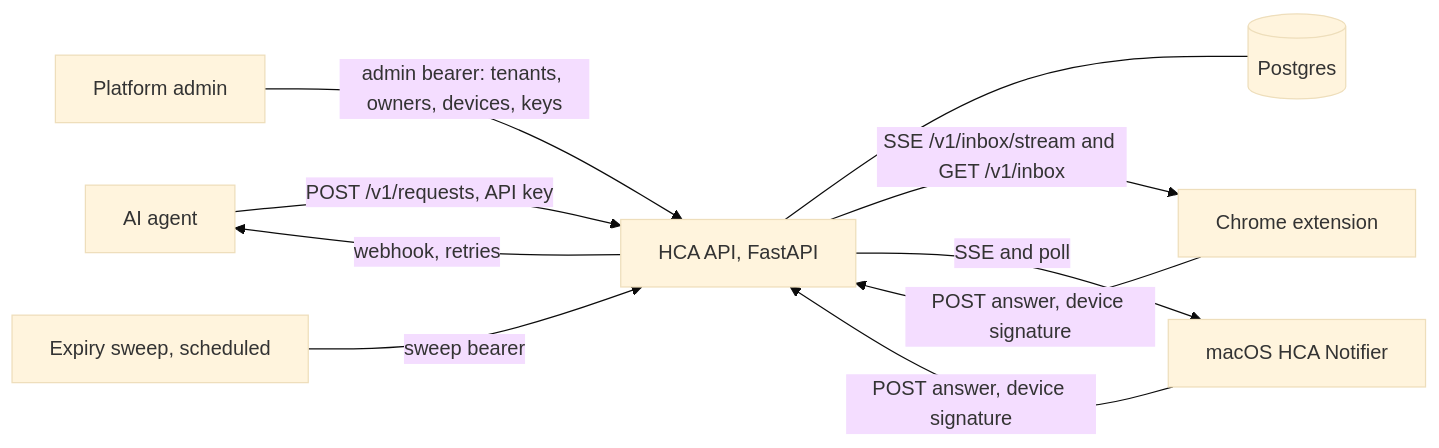
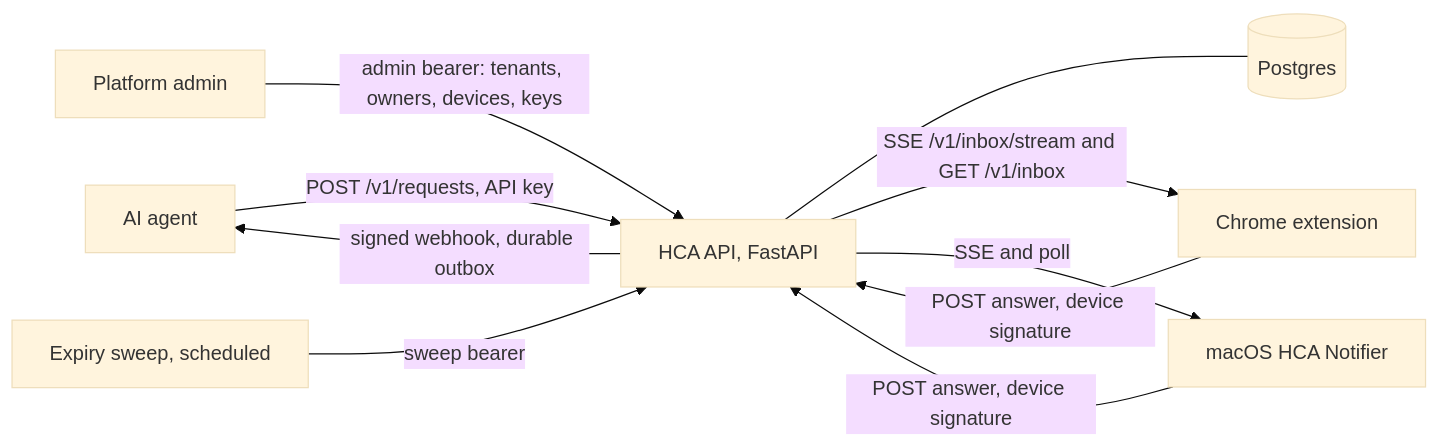
The first of 2 diagrams in docs/ARCHITECTURE.md (Alternative-Spaces-Inc/HCommAgent), drawn with Mermaid (base theme) before and after one commit. The commit also changed other lines of this file and 5 other files, not shown here.

Commit message:
P21a Day 3: docs/webhooks.md receiver contract, architecture and README updates, Day 2 deploy record

````diff
--- a/docs/ARCHITECTURE.md
+++ b/docs/ARCHITECTURE.md
@@ -12,12 +12,12 @@
 ```mermaid
 flowchart LR
     Agent[AI agent] -- POST /v1/requests, API key --> API[HCA API, FastAPI]
-    API -- webhook, retries --> Agent
+    API -- signed webhook, durable outbox --> Agent
     API --- PG[(Postgres)]
     API -- SSE /v1/inbox/stream and GET /v1/inbox --> Ext[Chrome extension]
     API -- SSE and poll --> Mac[macOS HCA Notifier]
     Ext -- POST answer, device signature --> API
     Mac -- POST answer, device signature --> API
     Admin[Platform admin] -- admin bearer: tenants, owners, devices, keys --> API
     Sweep[Expiry sweep, scheduled] -- sweep bearer --> API
 ```
````
